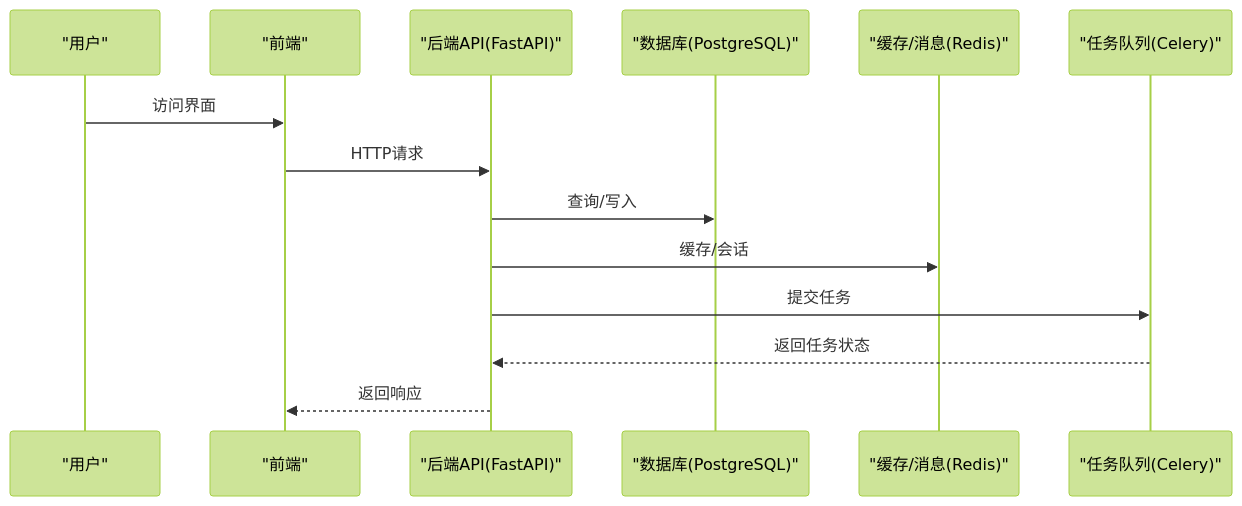
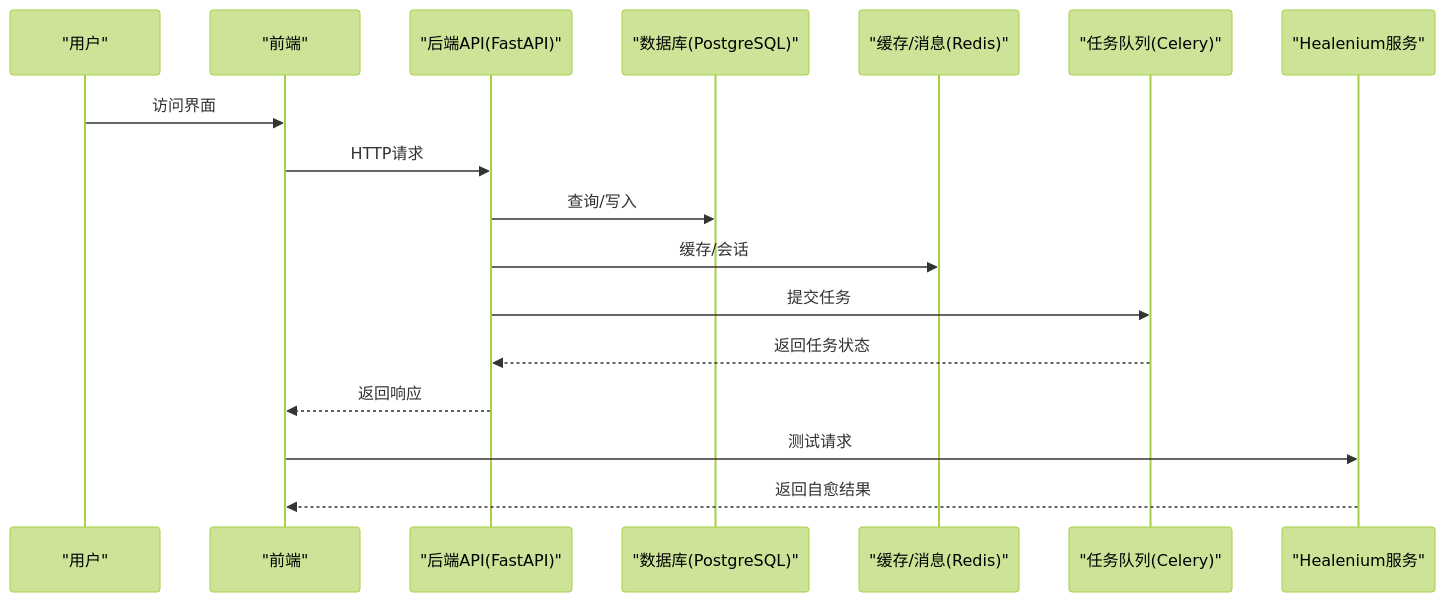
The second of 7 diagrams in .qoder/repowiki/zh/content/部署与运维/部署与运维.md (xfbyxq/ai-novel-system), drawn with Mermaid (forest theme) before and after one commit. The commit also changed other lines of this file and 23 other files, not shown here.

````diff
--- a/.qoder/repowiki/zh/content/部署与运维/部署与运维.md
+++ b/.qoder/repowiki/zh/content/部署与运维/部署与运维.md
@@ -116,16 +142,19 @@
 ```mermaid
 sequenceDiagram
 participant U as "用户"
 participant FE as "前端"
 participant API as "后端API(FastAPI)"
 participant DB as "数据库(PostgreSQL)"
 participant RC as "缓存/消息(Redis)"
 participant Q as "任务队列(Celery)"
+participant HT as "Healenium服务"
 U->>FE : 访问界面
 FE->>API : HTTP请求
 API->>DB : 查询/写入
 API->>RC : 缓存/会话
 API->>Q : 提交任务
 Q-->>API : 返回任务状态
 API-->>FE : 返回响应
+FE->>HT : 测试请求
+HT-->>FE : 返回自愈结果
 ```
````
